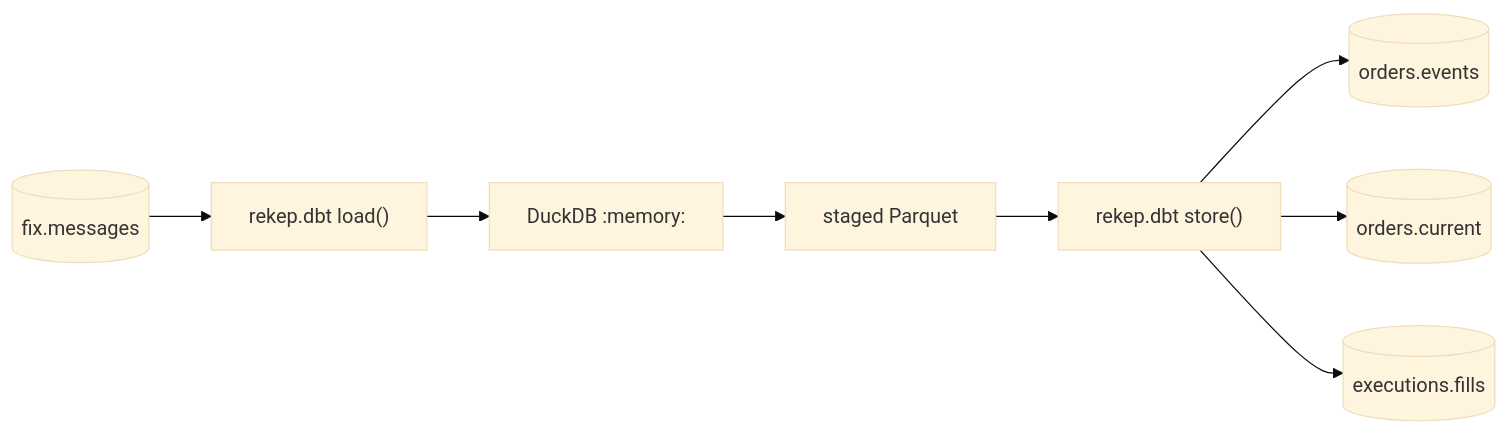
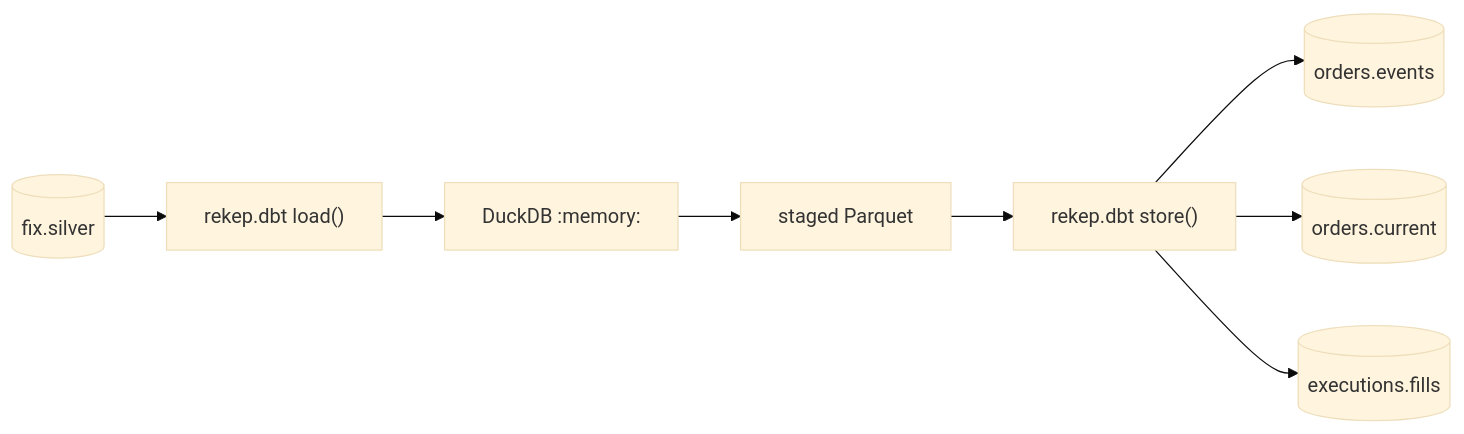
The diagram in docs/pipeline/tasks/build-dbt.md (Platob/yggfin), drawn with Mermaid (base theme) before and after one commit. The commit also changed other lines of this file and 1653 other files, not shown here.

````diff
--- a/docs/pipeline/tasks/build-dbt.md
+++ b/docs/pipeline/tasks/build-dbt.md
@@ -41,10 +41,10 @@
 ```mermaid
 flowchart LR
-    F[("fix.messages")] --> P["rekep.dbt load()"]
+    F[("fix.silver")] --> P["rekep.dbt load()"]
     P --> D["DuckDB :memory:"]
     D --> S["staged Parquet"]
     S --> C["rekep.dbt store()"]
     C --> O[("orders.events")]
     C --> R[("orders.current")]
     C --> X[("executions.fills")]
 ```
````
